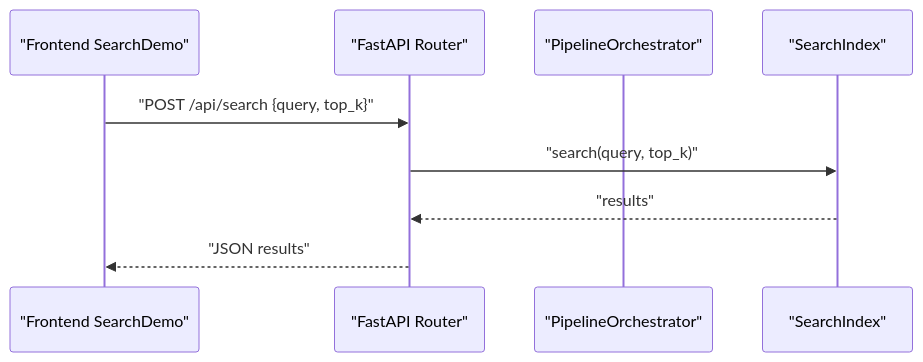
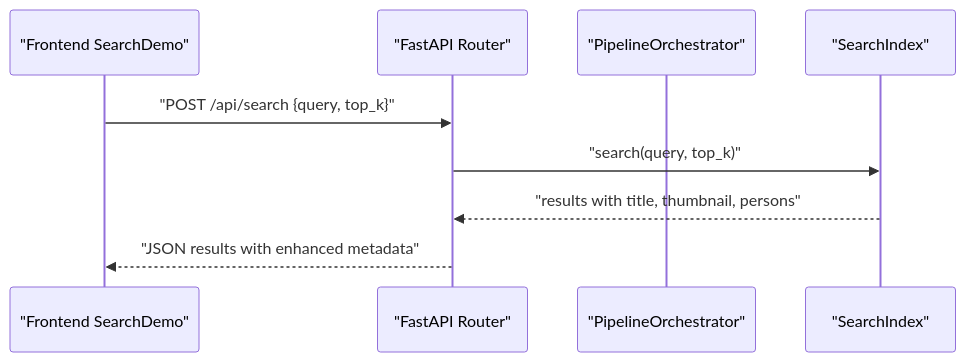
The eighth of 9 diagrams in .qoder/repowiki/en/content/Media Processing Pipeline/Search Index Stage.md (alexandreybasta-cyber/dubai-media-ai), drawn with Mermaid before and after one commit. The commit also changed other lines of this file and 54 other files, not shown here.

````diff
--- a/.qoder/repowiki/en/content/Media Processing Pipeline/Search Index Stage.md
+++ b/.qoder/repowiki/en/content/Media Processing Pipeline/Search Index Stage.md
@@ -369,11 +386,11 @@
 ```mermaid
 sequenceDiagram
 participant FE as "Frontend SearchDemo"
 participant API as "FastAPI Router"
 participant ORCH as "PipelineOrchestrator"
 participant SI as "SearchIndex"
 FE->>API : "POST /api/search {query, top_k}"
 API->>SI : "search(query, top_k)"
-SI-->>API : "results"
-API-->>FE : "JSON results"
+SI-->>API : "results with title, thumbnail, persons"
+API-->>FE : "JSON results with enhanced metadata"
 ```
````
